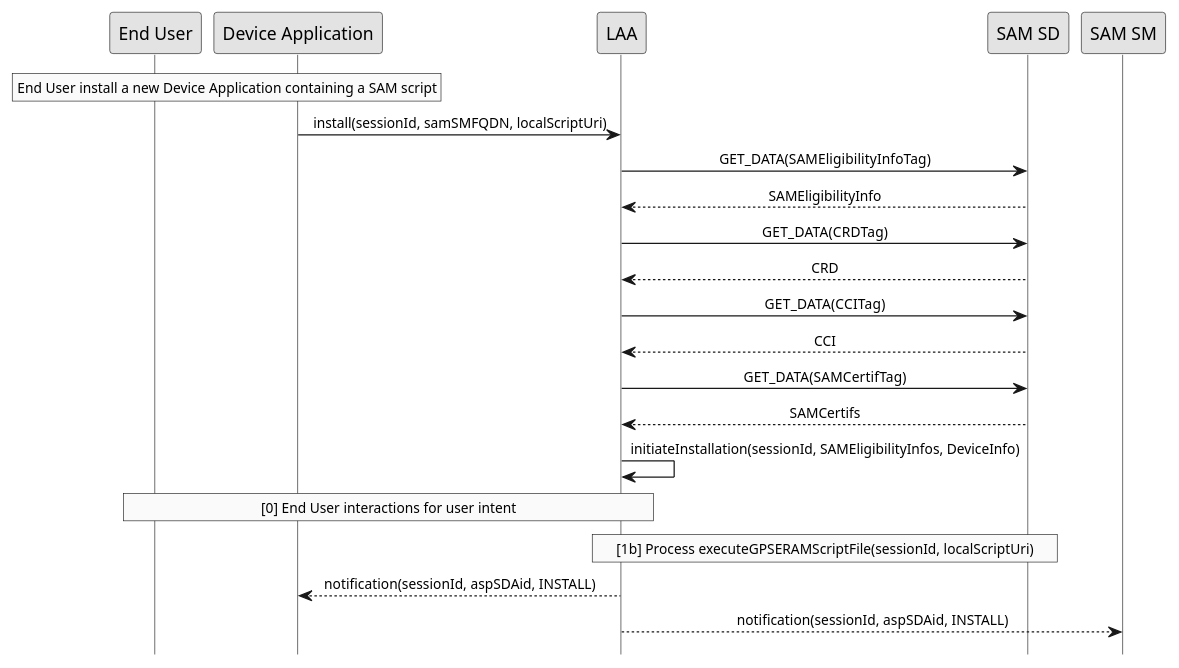
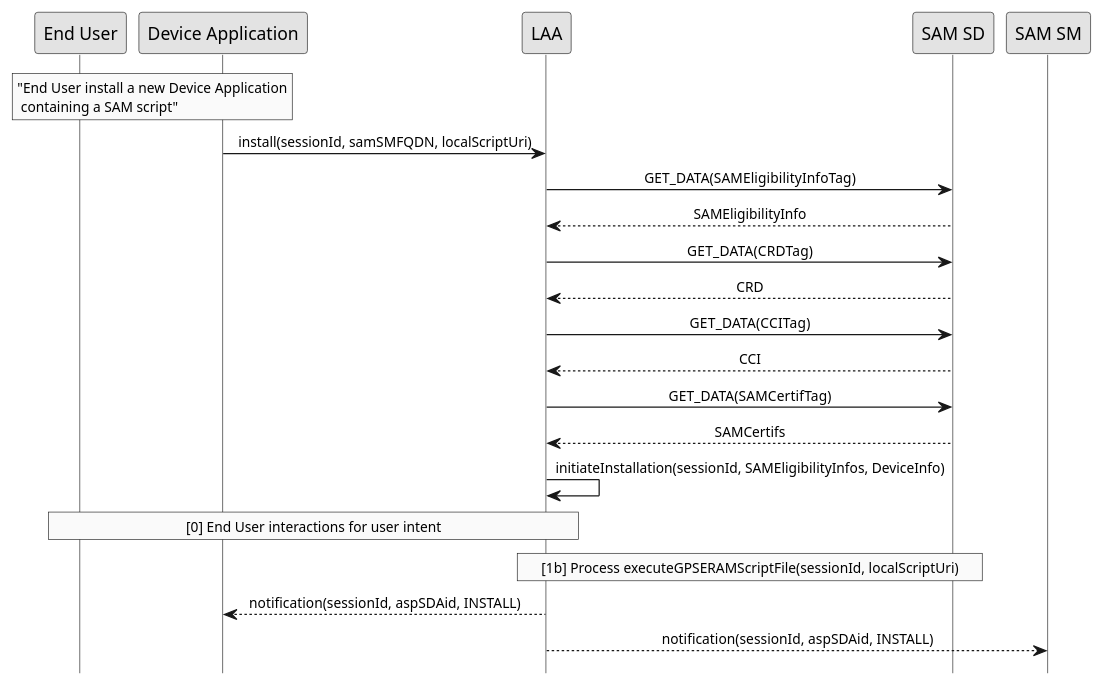
The diagram in doc/uml/install-local.pu (gaelrgerard/laa), drawn with PlantUML before and after one commit. The commit also changed 1 other file, not shown here.

Commit message:
change install

```diff
--- a/doc/uml/install-local.pu
+++ b/doc/uml/install-local.pu
@@ -1,37 +1,38 @@
 @startuml
  
 hide footbox
 skinparam sequenceMessageAlign center
 skinparam sequenceArrowFontSize 11
 skinparam noteFontSize 11
 skinparam monochrome true
 skinparam lifelinestrategy solid
 
 
 rnote over "End User", "Device Application"
-     End User install a new Device Application containing a SAM script
+     "End User install a new Device Application
+      containing a SAM script"
 end rnote
 
 "Device Application" -> LAA : install(sessionId, samSMFQDN, localScriptUri)
 LAA -> "SAM SD" : GET_DATA(SAMEligibilityInfoTag)
 "SAM SD" --> LAA : SAMEligibilityInfo  
 LAA -> "SAM SD" : GET_DATA(CRDTag)
 "SAM SD" --> LAA : CRD
 LAA -> "SAM SD" : GET_DATA(CCITag)
 "SAM SD" --> LAA : CCI
 LAA -> "SAM SD" : GET_DATA(SAMCertifTag)
 "SAM SD" --> LAA : SAMCertifs
 "LAA" -> "LAA" : initiateInstallation(sessionId, SAMEligibilityInfos, DeviceInfo) 
  
 rnote over "LAA", "End User"
      [0] End User interactions for user intent
 end rnote
 
 rnote over "LAA", "SAM SD"
      [1b] Process executeGPSERAMScriptFile(sessionId, localScriptUri)
 end rnote
  
 LAA --> "Device Application" : notification(sessionId, aspSDAid, INSTALL)
  
 LAA --> "SAM SM" : notification(sessionId, aspSDAid, INSTALL)
 @enduml
```
